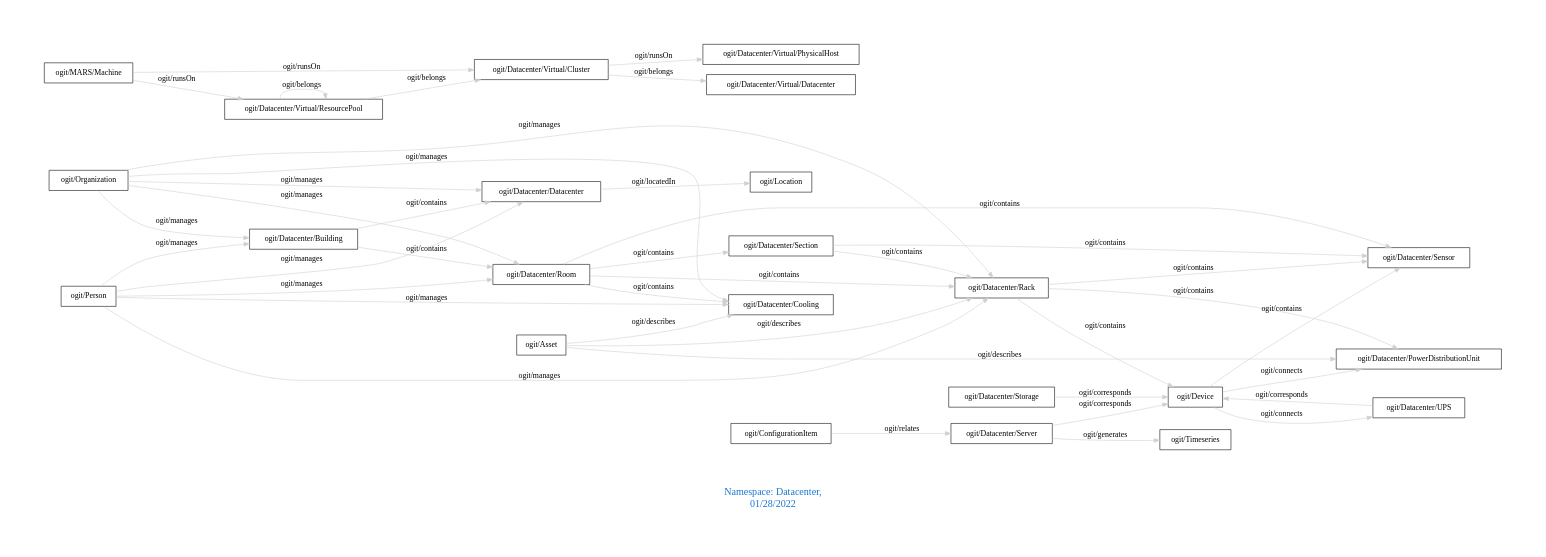
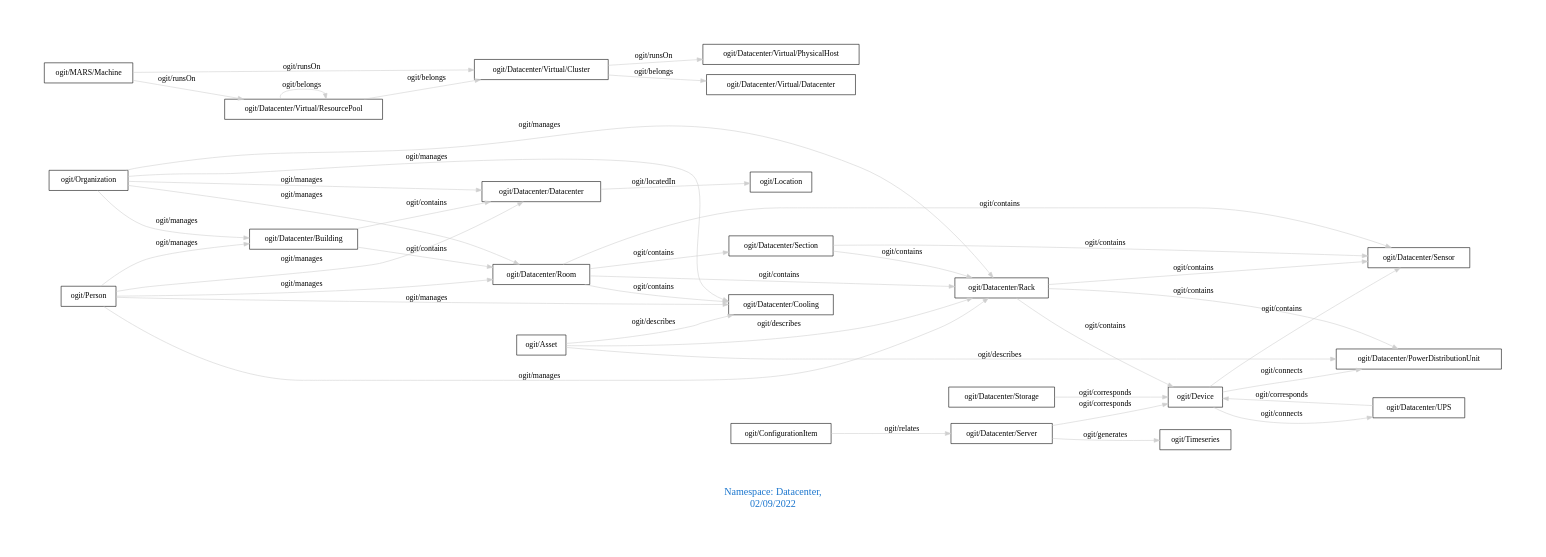
Before and after one commit to arago/OGIT: the diagram in downloads/Datacenter.dot, drawn with Graphviz. The commit also changed 1915 other files, not shown here.

```diff
--- a/downloads/Datacenter.dot
+++ b/downloads/Datacenter.dot
@@ -1,47 +1,47 @@
 digraph OGIT_ontology {
  graph [ rankdir= LR,pad=1 
 fontsize = 18,
-fontcolor= dodgerblue3,label = "\n\n\nNamespace: Datacenter, \n 01/28/2022"];
+fontcolor= dodgerblue3,label = "\n\n\nNamespace: Datacenter, \n 02/09/2022"];
 node[shape=polygon];
 edge [  color="gray81"];
 
    "ogit/Datacenter/Building" -> "ogit/Datacenter/Datacenter" [label="   ogit/contains    "];
    "ogit/Datacenter/Building" -> "ogit/Datacenter/Room" [label="   ogit/contains    "];
    "ogit/Datacenter/Rack" -> "ogit/Datacenter/Sensor" [label="   ogit/contains    "];
    "ogit/Datacenter/Rack" -> "ogit/Datacenter/PowerDistributionUnit" [label="   ogit/contains    "];
    "ogit/Datacenter/Rack" -> "ogit/Device" [label="   ogit/contains    "];
    "ogit/Datacenter/Room" -> "ogit/Datacenter/Rack" [label="   ogit/contains    "];
    "ogit/Datacenter/Room" -> "ogit/Datacenter/Cooling" [label="   ogit/contains    "];
    "ogit/Datacenter/Room" -> "ogit/Datacenter/Sensor" [label="   ogit/contains    "];
    "ogit/Datacenter/Room" -> "ogit/Datacenter/Section" [label="   ogit/contains    "];
    "ogit/Datacenter/Section" -> "ogit/Datacenter/Sensor" [label="   ogit/contains    "];
    "ogit/Datacenter/Section" -> "ogit/Datacenter/Rack" [label="   ogit/contains    "];
    "ogit/Device" -> "ogit/Datacenter/Sensor" [label="   ogit/contains    "];
    "ogit/Organization" -> "ogit/Datacenter/Room" [label="   ogit/manages    "];
    "ogit/Organization" -> "ogit/Datacenter/Rack" [label="   ogit/manages    "];
    "ogit/Organization" -> "ogit/Datacenter/Datacenter" [label="   ogit/manages    "];
    "ogit/Organization" -> "ogit/Datacenter/Cooling" [label="   ogit/manages    "];
    "ogit/Organization" -> "ogit/Datacenter/Building" [label="   ogit/manages    "];
    "ogit/Person" -> "ogit/Datacenter/Room" [label="   ogit/manages    "];
    "ogit/Person" -> "ogit/Datacenter/Rack" [label="   ogit/manages    "];
    "ogit/Person" -> "ogit/Datacenter/Datacenter" [label="   ogit/manages    "];
    "ogit/Person" -> "ogit/Datacenter/Cooling" [label="   ogit/manages    "];
    "ogit/Person" -> "ogit/Datacenter/Building" [label="   ogit/manages    "];
    "ogit/Datacenter/Virtual/Cluster" -> "ogit/Datacenter/Virtual/PhysicalHost" [label="   ogit/runsOn    "];
    "ogit/MARS/Machine" -> "ogit/Datacenter/Virtual/Cluster" [label="   ogit/runsOn    "];
    "ogit/MARS/Machine" -> "ogit/Datacenter/Virtual/ResourcePool" [label="   ogit/runsOn    "];
    "ogit/Datacenter/Server" -> "ogit/Timeseries" [label="   ogit/generates    "];
    "ogit/Asset" -> "ogit/Datacenter/Rack" [label="   ogit/describes    "];
    "ogit/Asset" -> "ogit/Datacenter/PowerDistributionUnit" [label="   ogit/describes    "];
    "ogit/Asset" -> "ogit/Datacenter/Cooling" [label="   ogit/describes    "];
    "ogit/Device" -> "ogit/Datacenter/PowerDistributionUnit" [label="   ogit/connects    "];
    "ogit/Device" -> "ogit/Datacenter/UPS" [label="   ogit/connects    "];
    "ogit/Datacenter/Datacenter" -> "ogit/Location" [label="   ogit/locatedIn    "];
    "ogit/Datacenter/Server" -> "ogit/Device" [label="   ogit/corresponds    "];
    "ogit/Datacenter/Storage" -> "ogit/Device" [label="   ogit/corresponds    "];
    "ogit/Datacenter/UPS" -> "ogit/Device" [label="   ogit/corresponds    "];
    "ogit/Datacenter/Virtual/Cluster" -> "ogit/Datacenter/Virtual/Datacenter" [label="   ogit/belongs    "];
    "ogit/Datacenter/Virtual/ResourcePool" -> "ogit/Datacenter/Virtual/Cluster" [label="   ogit/belongs    "];
    "ogit/ConfigurationItem" -> "ogit/Datacenter/Server" [label="   ogit/relates    "];
    "ogit/Datacenter/Virtual/ResourcePool" -> "ogit/Datacenter/Virtual/ResourcePool" [label="   ogit/belongs    "];
 }
```
